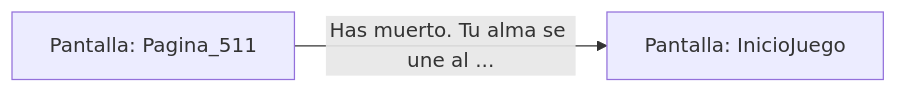
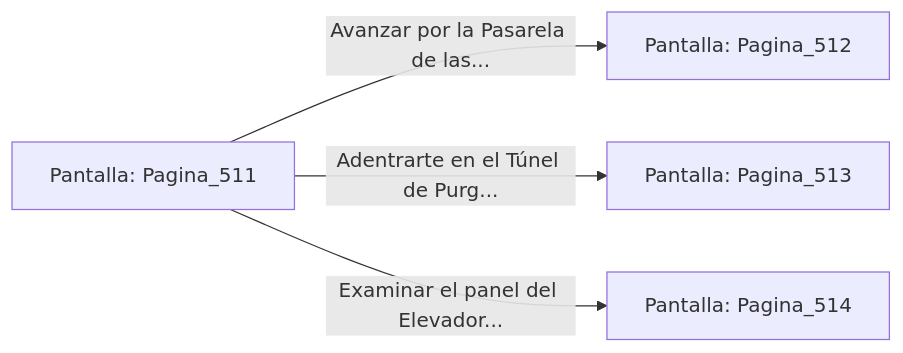
Before and after one commit to metsuke/mpl: the diagram in sample/eligejuego-vault/Pantalla_Pagina_511.md, drawn with Mermaid. The commit also changed other lines of this file and 635 other files, not shown here.

First line of the commit message:
fix: añadir Pagina_1 como pantalla inicial en capitulo_01.mpl

````diff
--- a/sample/eligejuego-vault/Pantalla_Pagina_511.md
+++ b/sample/eligejuego-vault/Pantalla_Pagina_511.md
@@ -17,5 +27,7 @@
 ```mermaid
 graph LR
     P_Pagina_511["Pantalla: Pagina_511"]
-    P_Pagina_511 -->|"Has muerto. Tu alma se une al ..."| P_InicioJuego["Pantalla: InicioJuego"]
+    P_Pagina_511 -->|"Avanzar por la Pasarela de las..."| P_Pagina_512["Pantalla: Pagina_512"]
+    P_Pagina_511 -->|"Adentrarte en el Túnel de Purg..."| P_Pagina_513["Pantalla: Pagina_513"]
+    P_Pagina_511 -->|"Examinar el panel del Elevador..."| P_Pagina_514["Pantalla: Pagina_514"]
 ```
````
